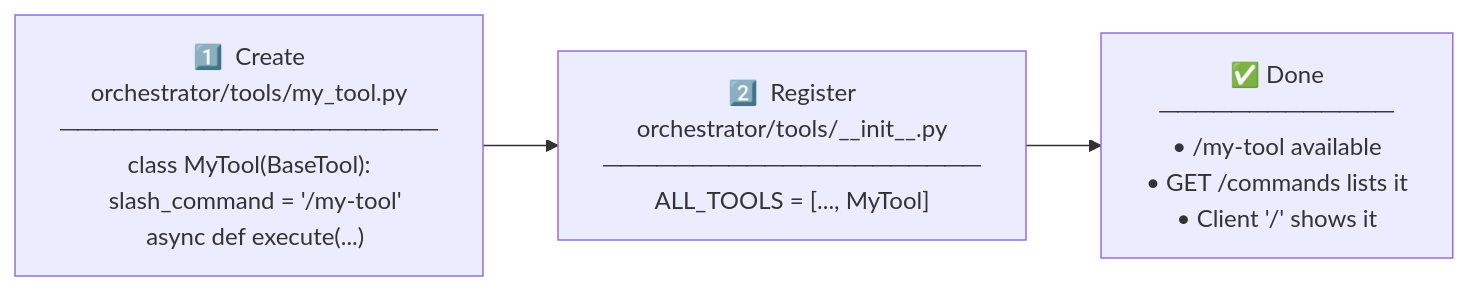
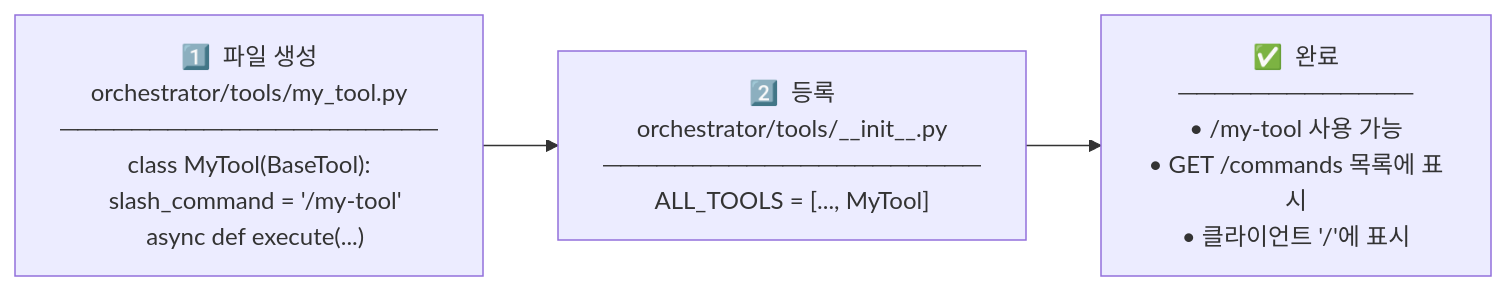
The fourth of 4 diagrams in README.md (musiren/maha-claude), drawn with Mermaid before and after one commit. The commit also changed other lines of this file, not shown here.

````diff
--- a/README.md
+++ b/README.md
@@ -99,8 +99,8 @@
 ```mermaid
 flowchart LR
-    A["1️⃣  Create<br/>orchestrator/tools/my_tool.py<br/>─────────────────────<br/>class MyTool(BaseTool):<br/>  slash_command = '/my-tool'<br/>  async def execute(...)"]
-    B["2️⃣  Register<br/>orchestrator/tools/__init__.py<br/>─────────────────────<br/>ALL_TOOLS = [..., MyTool]"]
-    C["✅  Done<br/>─────────────<br/>• /my-tool available<br/>• GET /commands lists it<br/>• Client '/' shows it"]
+    A["1️⃣  파일 생성<br/>orchestrator/tools/my_tool.py<br/>─────────────────────<br/>class MyTool(BaseTool):<br/>  slash_command = '/my-tool'<br/>  async def execute(...)"]
+    B["2️⃣  등록<br/>orchestrator/tools/__init__.py<br/>─────────────────────<br/>ALL_TOOLS = [..., MyTool]"]
+    C["✅  완료<br/>─────────────<br/>• /my-tool 사용 가능<br/>• GET /commands 목록에 표시<br/>• 클라이언트 '/'에 표시"]
 
     A --> B --> C
 ```
````
